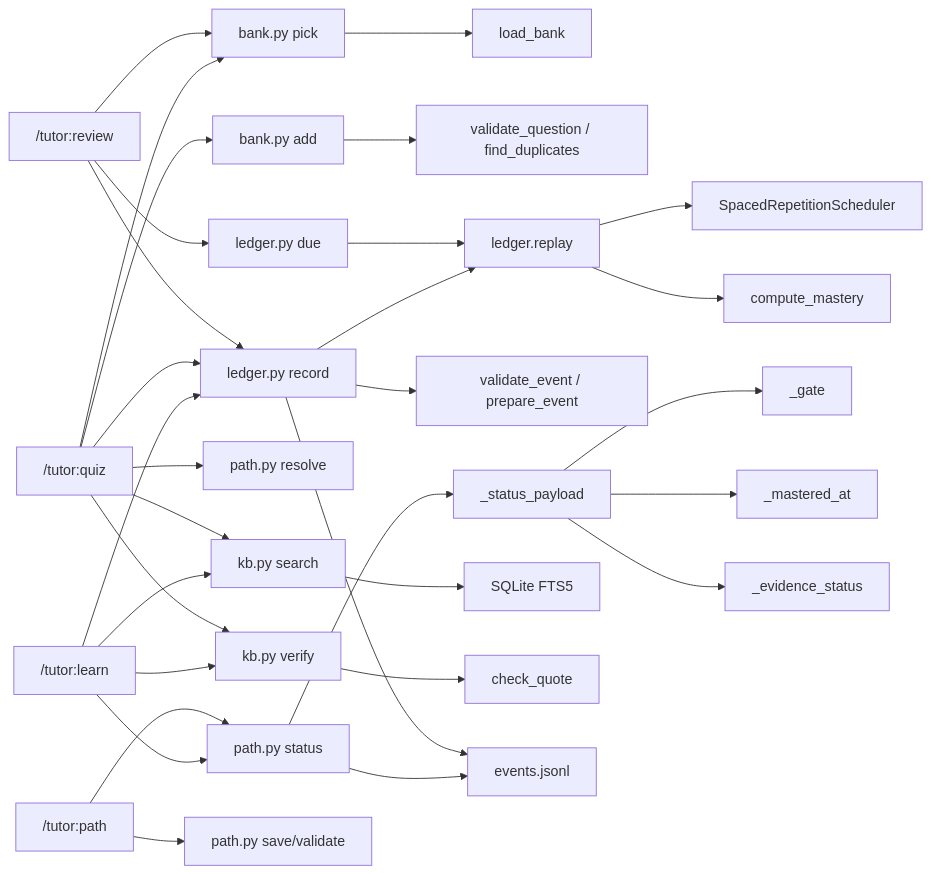
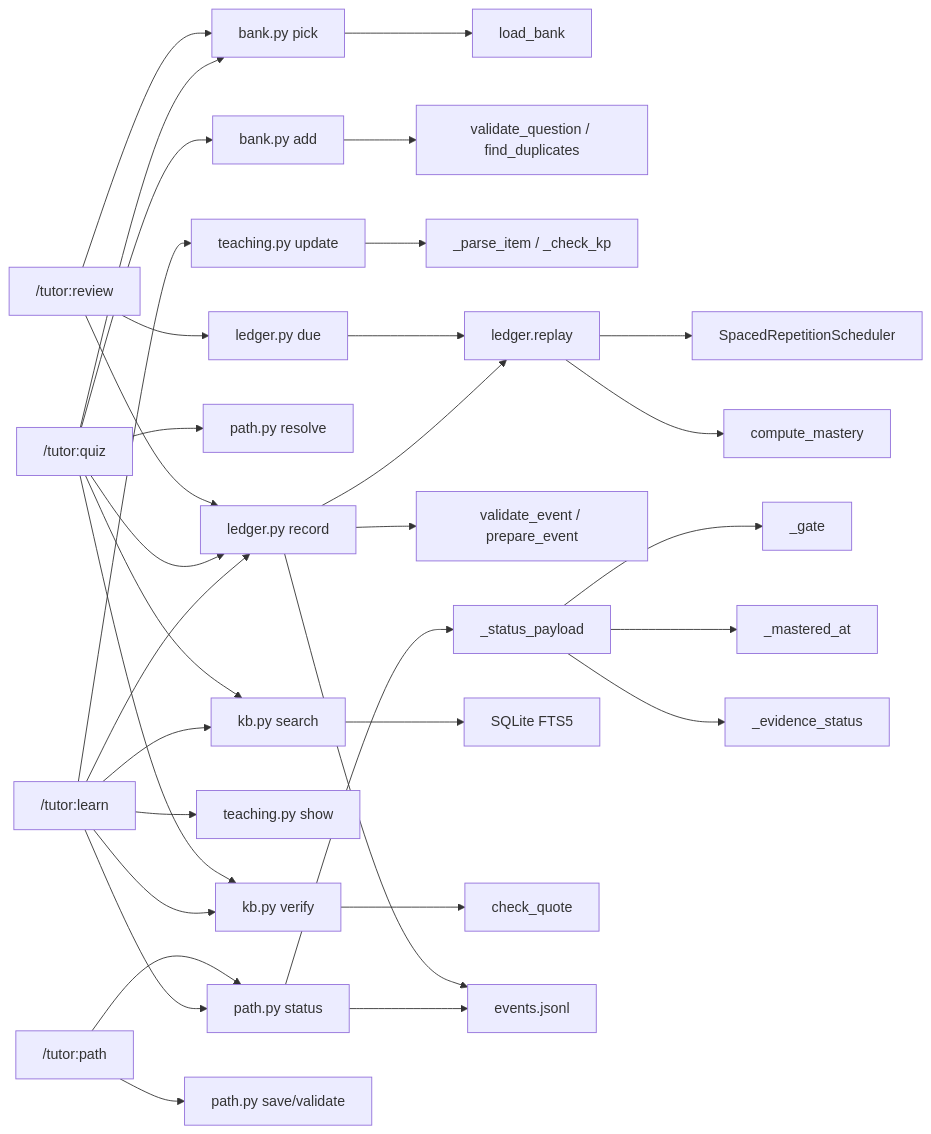
The diagram in docs/code-wiki/03-key-code.md (Huangyu-Shen/deep-tutor-with-claude-code), drawn with Mermaid before and after one commit. The commit also changed other lines of this file and 6 other files, not shown here.

````diff
--- a/docs/code-wiki/03-key-code.md
+++ b/docs/code-wiki/03-key-code.md
@@ -293,40 +328,44 @@
 ```mermaid
 graph LR
   LEARN["/tutor:learn"] --> STATUS["path.py status"]
   LEARN --> SEARCH["kb.py search"]
   LEARN --> VERIFY["kb.py verify"]
   LEARN --> RECORD["ledger.py record"]
 
   QUIZ["/tutor:quiz"] --> RESOLVE["path.py resolve"]
   QUIZ --> SEARCH
   QUIZ --> VERIFY
   QUIZ --> RECORD
 
   QUIZ --> PICK["bank.py pick"]
   QUIZ --> ADD["bank.py add"]
   PICK --> BLOAD["load_bank"]
   ADD --> BVALID["validate_question / find_duplicates"]
+
+  LEARN --> TSHOW["teaching.py show"]
+  LEARN --> TUPD["teaching.py update"]
+  TUPD --> TVALID["_parse_item / _check_kp"]
 
   REVIEW["/tutor:review"] --> DUE["ledger.py due"]
   REVIEW --> PICK
   REVIEW --> RECORD
 
   PATH["/tutor:path"] --> SAVE["path.py save/validate"]
   PATH --> STATUS
 
   STATUS --> PAYLOAD["_status_payload"]
   PAYLOAD --> GATE["_gate"]
   PAYLOAD --> MASTERED["_mastered_at"]
   PAYLOAD --> EVID["_evidence_status"]
 
   RECORD --> VALIDATE["validate_event / prepare_event"]
   RECORD --> REPLAY["ledger.replay"]
   DUE --> REPLAY
   REPLAY --> SCHED["SpacedRepetitionScheduler"]
   REPLAY --> MAST["compute_mastery"]
 
   SEARCH --> FTS["SQLite FTS5"]
   VERIFY --> QUOTE["check_quote"]
   STATUS --> EVENTS["events.jsonl"]
   RECORD --> EVENTS
 ```
````
